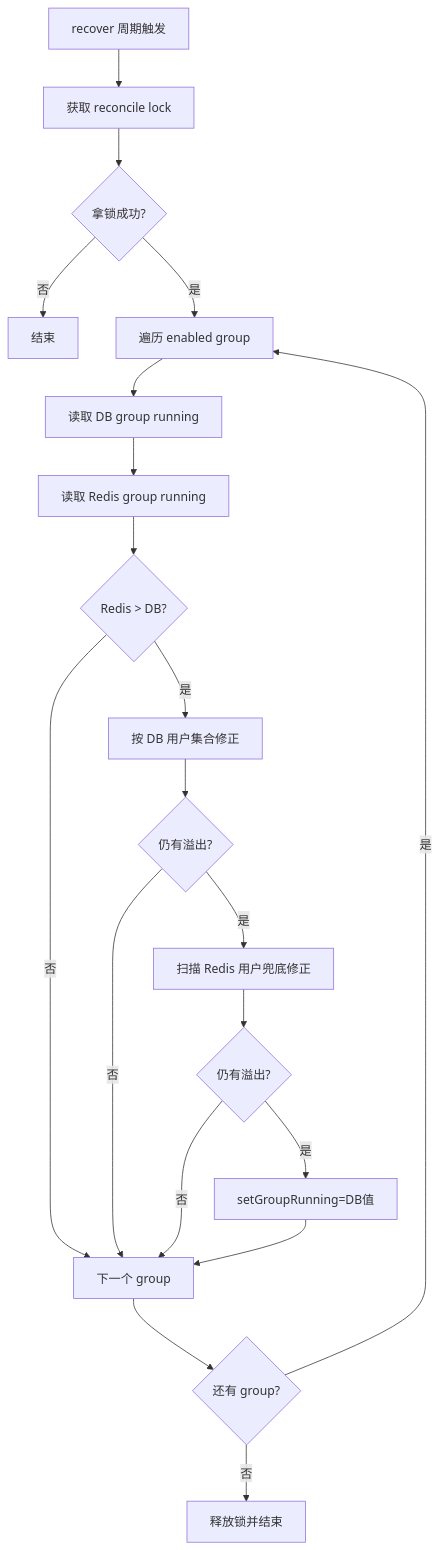
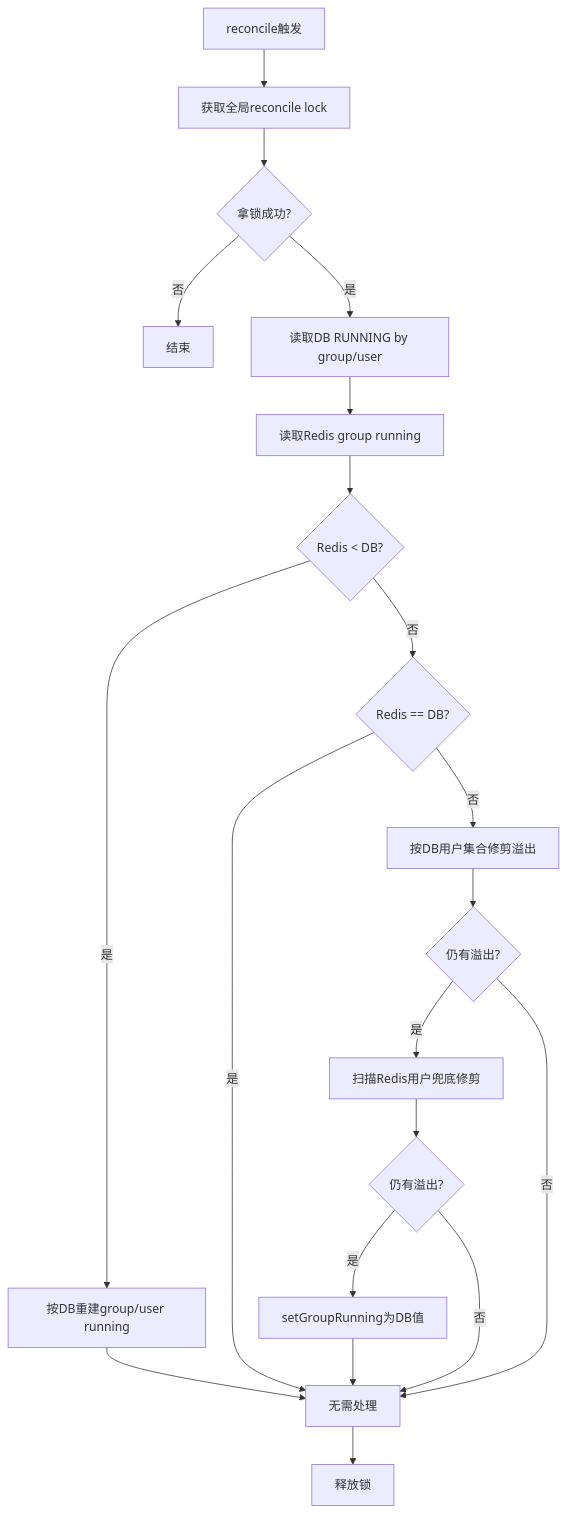
Before and after one commit to shuaidongshuai/user-task-scheduler: the fourth of 4 diagrams in docs/技术方案设计.md, drawn with Mermaid. The commit also changed other lines of this file and 11 other files, not shown here.

````diff
--- a/docs/技术方案设计.md
+++ b/docs/技术方案设计.md
@@ -314,22 +400,22 @@
 ```mermaid
 flowchart TD
-    A[recover 周期触发] --> B[获取 reconcile lock]
+    A[reconcile触发] --> B[获取全局reconcile lock]
     B --> C{拿锁成功?}
     C -- 否 --> Z[结束]
-    C -- 是 --> D[遍历 enabled group]
-    D --> E[读取 DB group running]
-    E --> F[读取 Redis group running]
-    F --> G{Redis > DB?}
-    G -- 否 --> H[下一个 group]
-    G -- 是 --> I[按 DB 用户集合修正]
+    C -- 是 --> D[读取DB RUNNING by group/user]
+    D --> E[读取Redis group running]
+    E --> F{Redis < DB?}
+    F -- 是 --> G[按DB重建group/user running]
+    F -- 否 --> H{Redis == DB?}
+    H -- 是 --> Y[无需处理]
+    H -- 否 --> I[按DB用户集合修剪溢出]
     I --> J{仍有溢出?}
-    J -- 是 --> K[扫描 Redis 用户兜底修正]
-    J -- 否 --> H
+    J -- 是 --> K[扫描Redis用户兜底修剪]
+    J -- 否 --> Y
     K --> L{仍有溢出?}
-    L -- 是 --> M[setGroupRunning=DB值]
-    L -- 否 --> H
-    M --> H
-    H --> N{还有 group?}
-    N -- 是 --> D
-    N -- 否 --> O[释放锁并结束]
+    L -- 是 --> M[setGroupRunning为DB值]
+    L -- 否 --> Y
+    G --> Y
+    M --> Y
+    Y --> N[释放锁]
 ```
````
